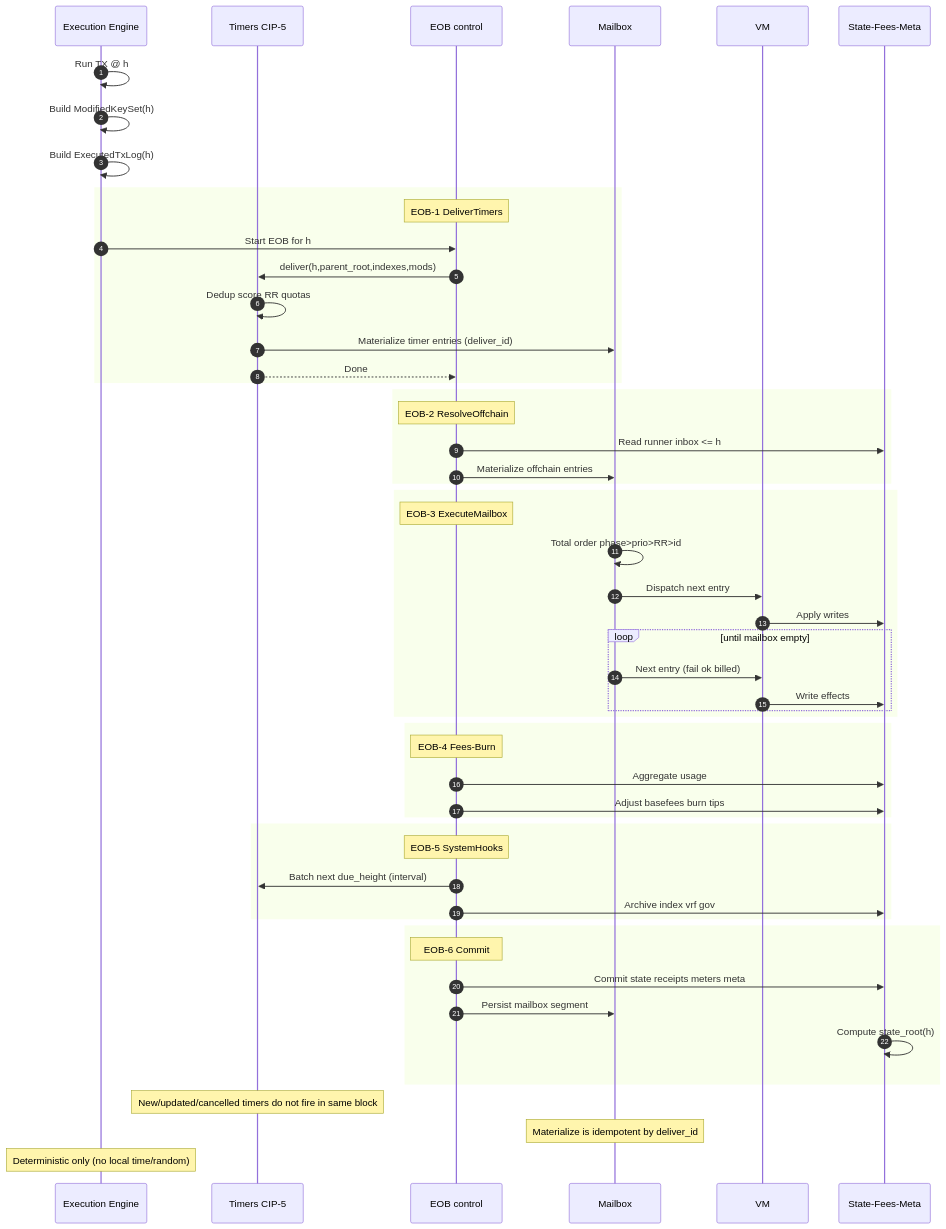
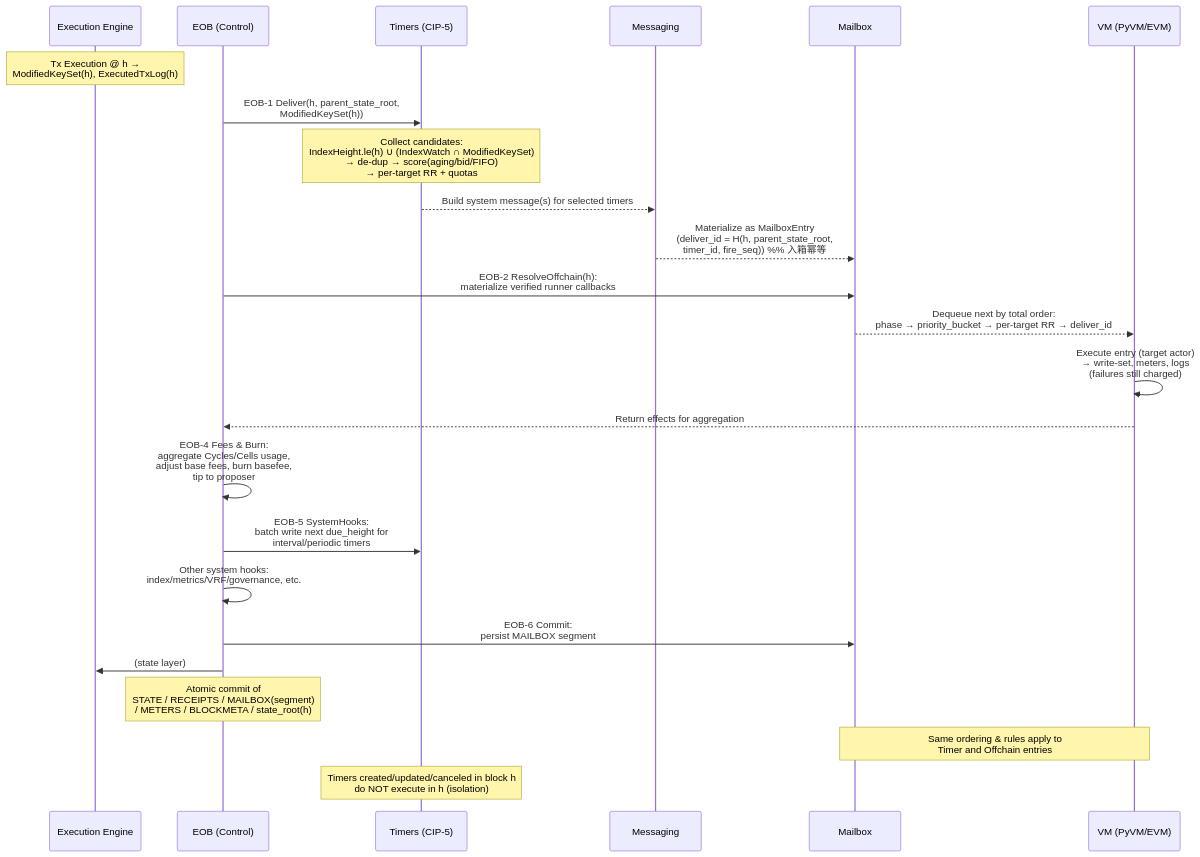
One commit to pavilionledger/docs changed the diagram in cip_5_cowboy_timer_mechanism_优先级_状态触发_公平调度（cn）.md. Above: the diagram before and after it, drawn with Mermaid.

````diff
--- a/cip_5_cowboy_timer_mechanism_优先级_状态触发_公平调度（cn）.md
+++ b/cip_5_cowboy_timer_mechanism_优先级_状态触发_公平调度（cn）.md
@@ -14,71 +14,44 @@
 ```mermaid
 sequenceDiagram
-    autonumber
-    participant EXE as Execution Engine
-    participant TIM as Timers CIP-5
-    participant EOB as EOB control
-    participant MBX as Mailbox
-    participant VM  as VM
-    participant ST  as State-Fees-Meta
+    %% Lanes
+    participant EX as Execution Engine
+    participant EO as EOB (Control)
+    participant TB as Timers (CIP-5)
+    participant MS as Messaging
+    participant MB as Mailbox
+    participant VM as VM (PyVM/EVM)
 
-    %% Pre-EOB: execute tx in block h
-    EXE->>EXE: Run TX @ h
-    EXE->>EXE: Build ModifiedKeySet(h)
-    EXE->>EXE: Build ExecutedTxLog(h)
+    %% Tx execution phase (before EOB)
+    Note over EX: Tx Execution @ h →<br/>ModifiedKeySet(h), ExecutedTxLog(h)
 
-    %% EOB-1
-    rect
-      Note over EOB: EOB-1 DeliverTimers
-      EXE->>EOB: Start EOB for h
-      EOB->>TIM: deliver(h,parent_root,indexes,mods)
-      TIM->>TIM: Dedup score RR quotas
-      TIM->>MBX: Materialize timer entries (deliver_id)
-      TIM-->>EOB: Done
-    end
+    %% EOB-1: DeliverTimers (Timer → Mailbox materialization)
+    EO->>TB: EOB-1 Deliver(h, parent_state_root,<br/>ModifiedKeySet(h))
+    Note over TB: Collect candidates:<br/>IndexHeight.le(h) ∪ (IndexWatch ∩ ModifiedKeySet)<br/>→ de-dup → score(aging/bid/FIFO)<br/>→ per-target RR + quotas
+    TB-->>MS: Build system message(s) for selected timers
+    MS-->>MB: Materialize as MailboxEntry<br/>(deliver_id = H(h, parent_state_root,<br/>timer_id, fire_seq))  %% 入箱幂等
 
-    %% EOB-2
-    rect
-      Note over EOB: EOB-2 ResolveOffchain
-      EOB->>ST: Read runner inbox <= h
-      EOB->>MBX: Materialize offchain entries
-    end
+    %% EOB-2: ResolveOffchain (offchain callbacks → Mailbox)
+    EO->>MB: EOB-2 ResolveOffchain(h):<br/>materialize verified runner callbacks
 
-    %% EOB-3
-    rect
-      Note over EOB: EOB-3 ExecuteMailbox
-      MBX->>MBX: Total order phase>prio>RR>id
-      MBX->>VM: Dispatch next entry
-      VM->>ST: Apply writes
-      loop until mailbox empty
-        MBX->>VM: Next entry (fail ok billed)
-        VM->>ST: Write effects
-      end
-    end
+    %% EOB-3: ExecuteMailbox (total order)
+    MB-->>VM: Dequeue next by total order:<br/>phase → priority_bucket → per-target RR → deliver_id
+    VM->>VM: Execute entry (target actor)<br/>→ write-set, meters, logs<br/>(failures still charged)
+    VM-->>EO: Return effects for aggregation
 
-    %% EOB-4
-    rect
-      Note over EOB: EOB-4 Fees-Burn
-      EOB->>ST: Aggregate usage
-      EOB->>ST: Adjust basefees burn tips
-    end
+    %% EOB-4: Fees & Burn (dual-meter)
+    EO->>EO: EOB-4 Fees & Burn:<br/>aggregate Cycles/Cells usage,<br/>adjust base fees, burn basefee,<br/>tip to proposer
 
-    %% EOB-5
-    rect
-      Note over EOB: EOB-5 SystemHooks
-      EOB->>TIM: Batch next due_height (interval)
-      EOB->>ST: Archive index vrf gov
-    end
+    %% EOB-5: SystemHooks (system-only)
+    EO->>TB: EOB-5 SystemHooks:<br/>batch write next due_height for<br/>interval/periodic timers
+    EO->>EO: Other system hooks:<br/>index/metrics/VRF/governance, etc.
 
-    %% EOB-6
-    rect
-      Note over EOB: EOB-6 Commit
-      EOB->>ST: Commit state receipts meters meta
-      EOB->>MBX: Persist mailbox segment
-      ST->>ST: Compute state_root(h)
-    end
+    %% EOB-6: Commit (atomic)
+    EO->>MB: EOB-6 Commit:<br/>persist MAILBOX segment
+    EO->>EX: (state layer)
+    Note over EO: Atomic commit of<br/>STATE / RECEIPTS / MAILBOX(segment)<br/>/ METERS / BLOCKMETA / state_root(h)
 
-    %% In-block invariants
-    Note over TIM: New/updated/cancelled timers do not fire in same block
-    Note over MBX: Materialize is idempotent by deliver_id
-    Note over EXE: Deterministic only (no local time/random)
+    %% Post-conditions & invariants
+    Note over MB,VM: Same ordering & rules apply to<br/>Timer and Offchain entries
+    Note over TB: Timers created/updated/canceled in block h<br/>do NOT execute in h (isolation)
+
 ```
````
